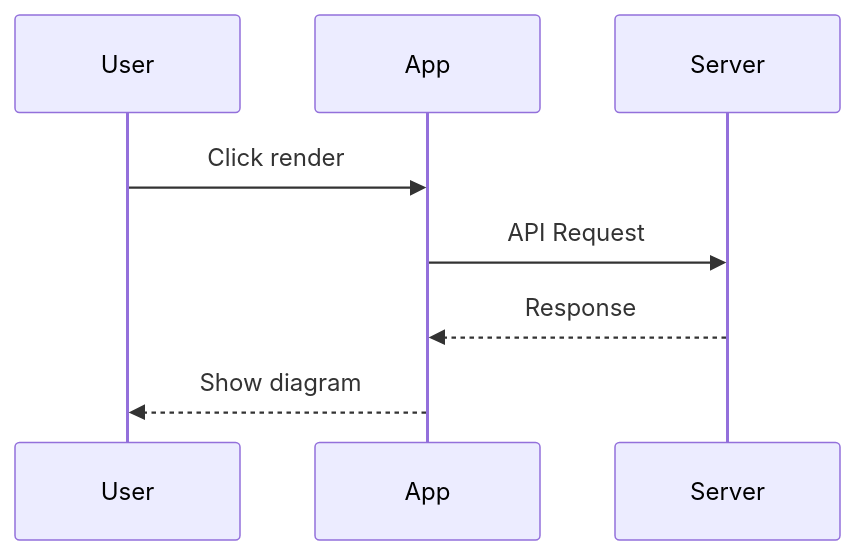
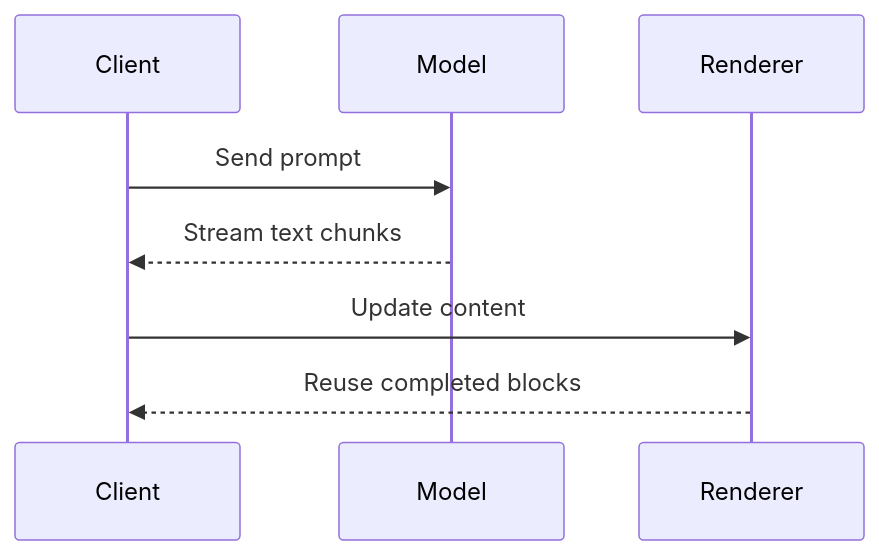
Before and after one commit to jinghaihan/vue-stream-markdown: the second of 2 diagrams in playground/nuxt/app/markdown/landing-page.md, drawn with Mermaid. The commit also changed other lines of this file and 12 other files, not shown here.

````diff
--- a/playground/nuxt/app/markdown/landing-page.md
+++ b/playground/nuxt/app/markdown/landing-page.md
@@ -174,11 +150,11 @@
 ```mermaid
 sequenceDiagram
-    participant U as User
-    participant A as App
-    participant S as Server
+    participant Client
+    participant Model
+    participant Renderer
 
-    U->>A: Click render
-    A->>S: API Request
-    S-->>A: Response
-    A-->>U: Show diagram
+    Client->>Model: Send prompt
+    Model-->>Client: Stream text chunks
+    Client->>Renderer: Update content
+    Renderer-->>Client: Reuse completed blocks
 ```
````
